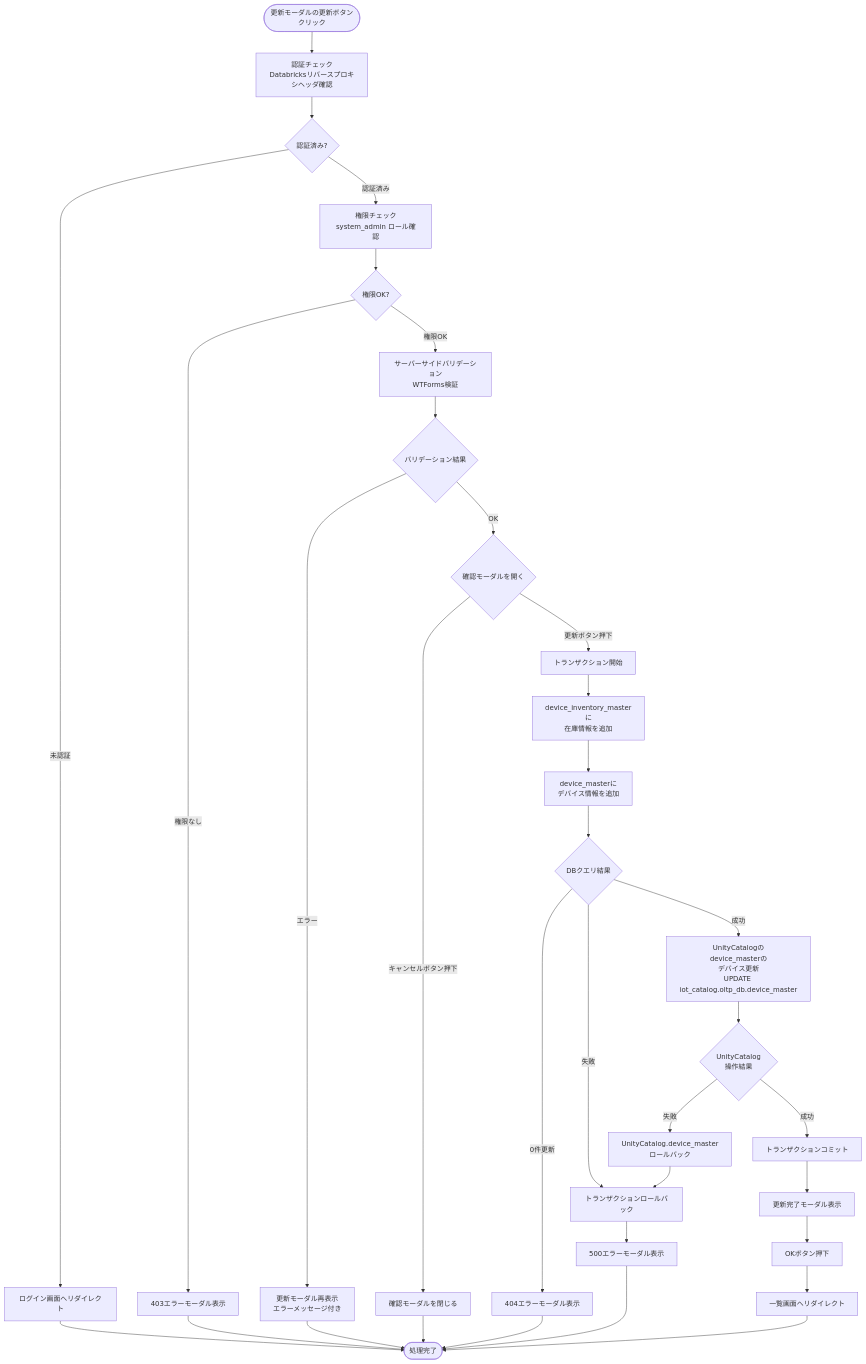
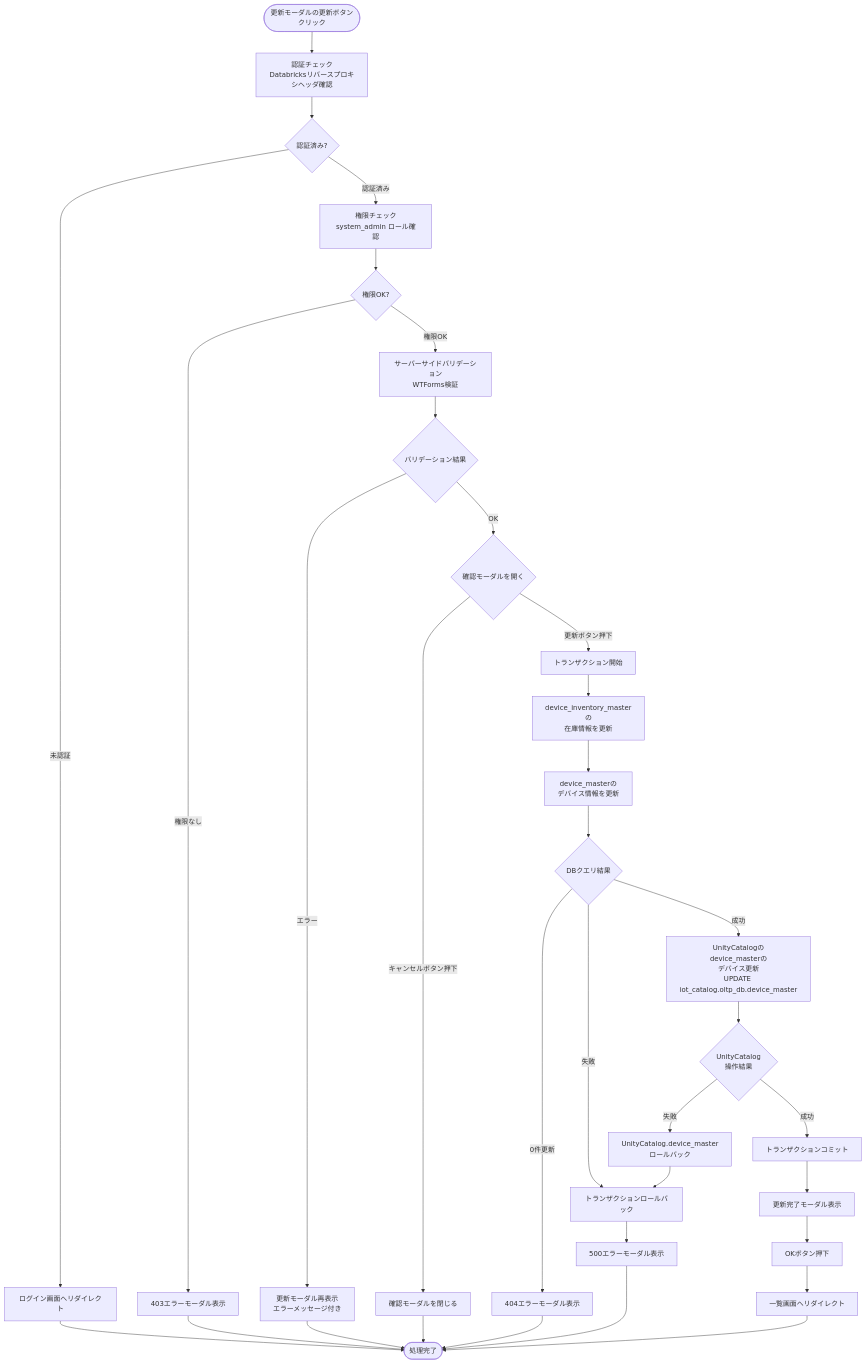
One commit to NSW-SVCP-AIWG002/Databricks-IoT changed the sixth of 9 diagrams in docs/03-features/flask-app/device-inventory/workflow-specification.md. Above: the diagram before and after it, drawn with Mermaid. The commit also changed other lines of this file and 3 other files, not shown here.

````diff
--- a/docs/03-features/flask-app/device-inventory/workflow-specification.md
+++ b/docs/03-features/flask-app/device-inventory/workflow-specification.md
@@ -830,47 +901,47 @@
 ```mermaid
 flowchart TD
     Start([更新モーダルの更新ボタン<br>クリック]) --> Auth[認証チェック<br>Databricksリバースプロキシヘッダ確認]
     Auth --> CheckAuth{認証済み?}
     CheckAuth -->|未認証| Error401[ログイン画面へリダイレクト]
     Error401 --> End([処理完了])
 
     CheckAuth -->|認証済み| Permission[権限チェック<br>system_admin ロール確認]
     Permission --> CheckPerm{権限OK?}
     CheckPerm -->|権限なし| Error403[403エラーモーダル表示]
     Error403 --> End
 
     CheckPerm -->|権限OK| Validate[サーバーサイドバリデーション<br>WTForms検証]
     Validate --> ValidCheck{バリデーション結果}
 
     ValidCheck -->|エラー| ValidError[更新モーダル再表示<br>エラーメッセージ付き]
     ValidError --> End
 
     ValidCheck -->|OK| OpenConfirmModal{確認モーダルを開く}
 
     OpenConfirmModal -->|キャンセルボタン押下| CancelMsg[確認モーダルを閉じる]
     CancelMsg --> End
 
     OpenConfirmModal -->|更新ボタン押下| BeginTx[トランザクション開始]
-    BeginTx --> InsertInventory[device_inventory_masterに<br>在庫情報を追加]
-    InsertInventory --> InsertDevice[device_masterに<br>デバイス情報を追加]
-    InsertDevice --> UpdateResult{DBクエリ結果}
+    BeginTx --> UpdateInventory[device_inventory_masterの<br>在庫情報を更新]
+    UpdateInventory --> UpdateDevice[device_masterの<br>デバイス情報を更新]
+    UpdateDevice --> UpdateResult{DBクエリ結果}
 
     UpdateResult -->|0件更新| Error404[404エラーモーダル表示]
     Error404 --> End
 
     UpdateResult -->|失敗| Rollback[トランザクションロールバック]
     Rollback --> Error500[500エラーモーダル表示]
     Error500 --> End
 
     UpdateResult -->|成功| UpdateUC[UnityCatalogの<br>device_masterの<br>デバイス更新<br>UPDATE iot_catalog.oltp_db.device_master]
 
     UpdateUC --> UCUpdateResult{UnityCatalog<br>操作結果}
     UCUpdateResult --> |成功|Commit[トランザクションコミット]
     UCUpdateResult --> |失敗|UCRollback[UnityCatalog.device_master<br>ロールバック]
     UCRollback --> Rollback
 
     Commit --> ShowComplete[更新完了モーダル表示]
     ShowComplete --> UserOK[OKボタン押下]
     UserOK --> Redirect[一覧画面へリダイレクト]
     Redirect --> End
 ```
````
